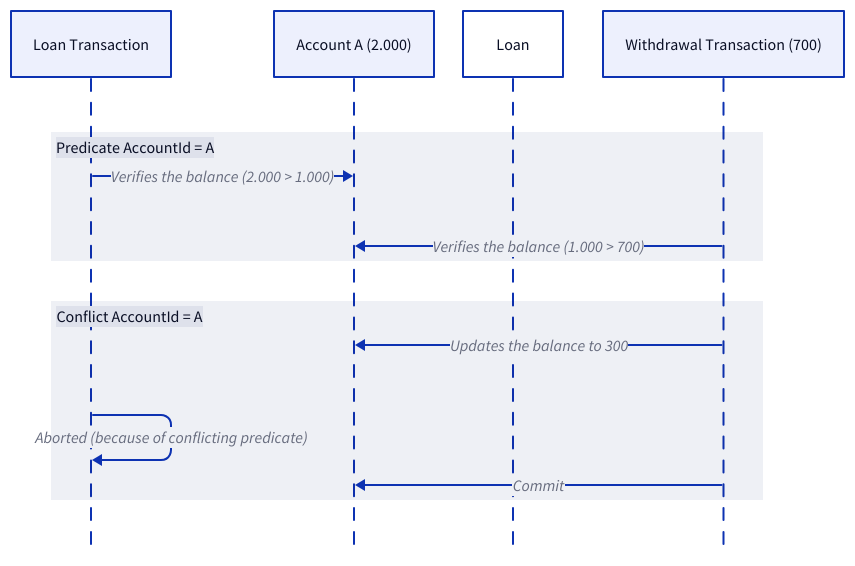
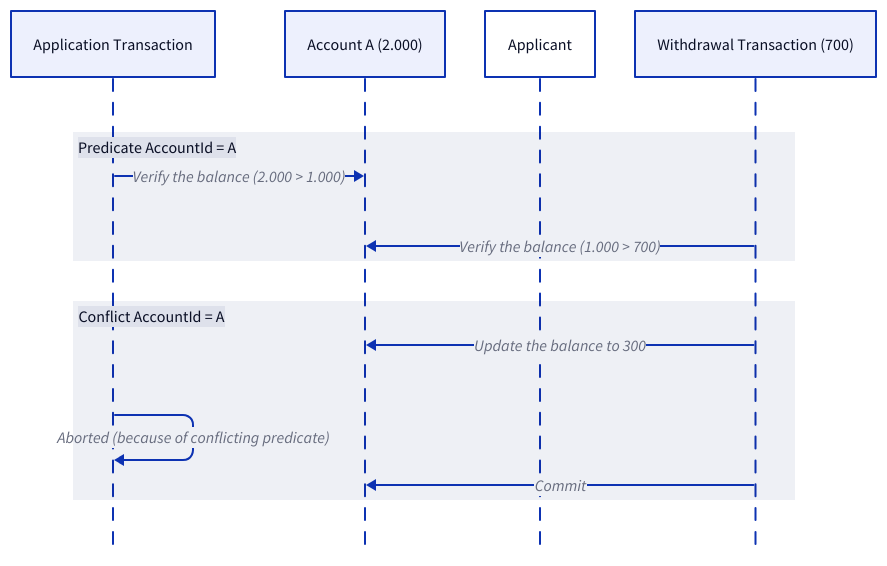
Diagram 21 of 23 in content/data-persistence/sql-database/concurrency-control.md (link1905/system-design-101), drawn with D2 before and after one commit. The commit also changed other lines of this file and 13 other files, not shown here.

````diff
--- a/content/data-persistence/sql-database/concurrency-control.md
+++ b/content/data-persistence/sql-database/concurrency-control.md
@@ -911,19 +837,18 @@
 ```d2
-
 shape: sequence_diagram
-t: Loan Transaction
+t: Application Transaction
 a: "Account A (2.000)"
-l: Loan
+l: Applicant
 t1: "Withdrawal Transaction (700)"
 "Predicate AccountId = A" {
-   t -> a: "Verifies the balance (2.000 > 1.000)"
-   t1 -> a: "Verifies the balance (1.000 > 700)"
+   t -> a: "Verify the balance (2.000 > 1.000)"
+   t1 -> a: "Verify the balance (1.000 > 700)"
 }
 "Conflict AccountId = A" {
-   t1 -> a: "Updates the balance to 300"
+   t1 -> a: "Update the balance to 300"
    t -> t: Aborted (because of conflicting predicate) {
       class: error-conn
    }
    t1 -> a: Commit
 }
 ```
````
